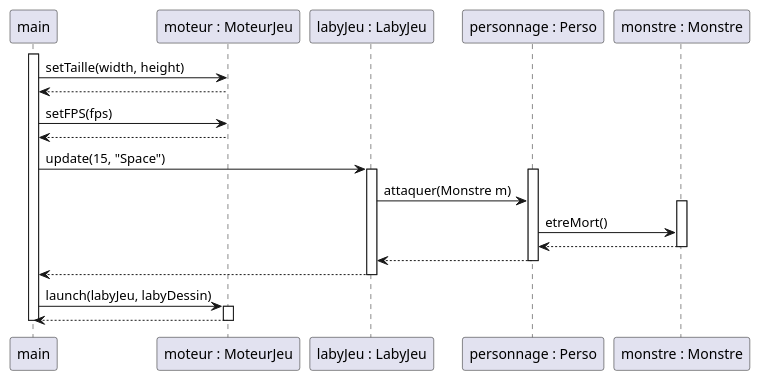
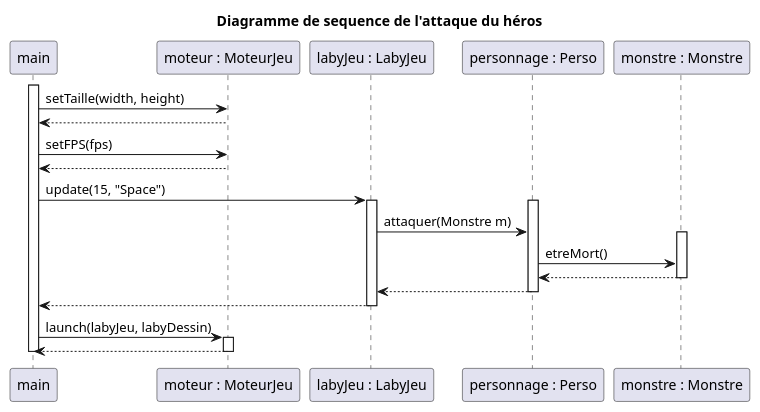
Before and after one commit to Zhi-Sheng-Trieu/2022_Zeldiablo_Doan_Oudin_Trieu_Noel: the diagram in documents/version_4/DiagrammeSequenceAttaqueJoueur.puml, drawn with PlantUML.

Commit message:
titre diag seq

```diff
--- a/documents/version_4/DiagrammeSequenceAttaqueJoueur.puml
+++ b/documents/version_4/DiagrammeSequenceAttaqueJoueur.puml
@@ -1,38 +1,41 @@
 @startuml
+
+title Diagramme de sequence de l'attaque du héros
+
 participant "main" as main
 participant "moteur : MoteurJeu" as moteur
 participant "labyJeu : LabyJeu" as labyJeu
 participant "personnage : Perso" as personnage
 participant "monstre : Monstre" as monstre
 
 
 
 
 activate main
     main -> moteur : setTaille(width, height)
     moteur --> main
     main -> moteur : setFPS(fps)
     moteur --> main
     main -> labyJeu : update(15, "Space")
 
     activate labyJeu
         activate personnage
             labyJeu -> personnage : attaquer(Monstre m)
             activate monstre
                 personnage -> monstre : etreMort()
                 monstre --> personnage
             deactivate monstre
             personnage --> labyJeu
         deactivate personnage
 
         labyJeu --> main
     deactivate labyJeu
 
     main -> moteur : launch(labyJeu, labyDessin)
     activate moteur
     moteur --> main
     deactivate moteur
 
 deactivate main
 
 @enduml
```
